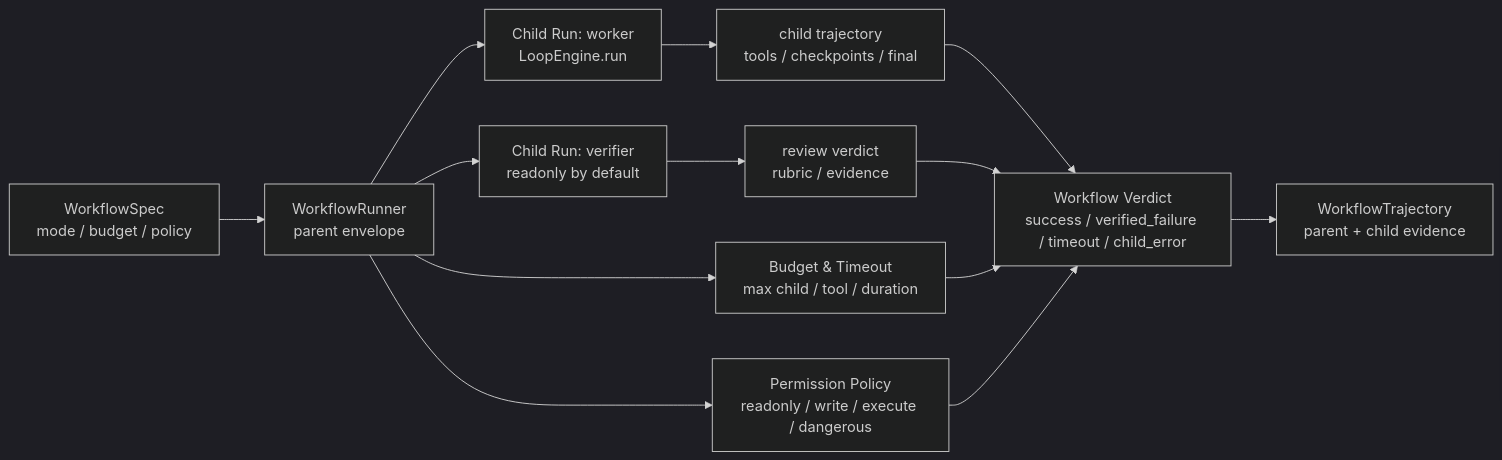
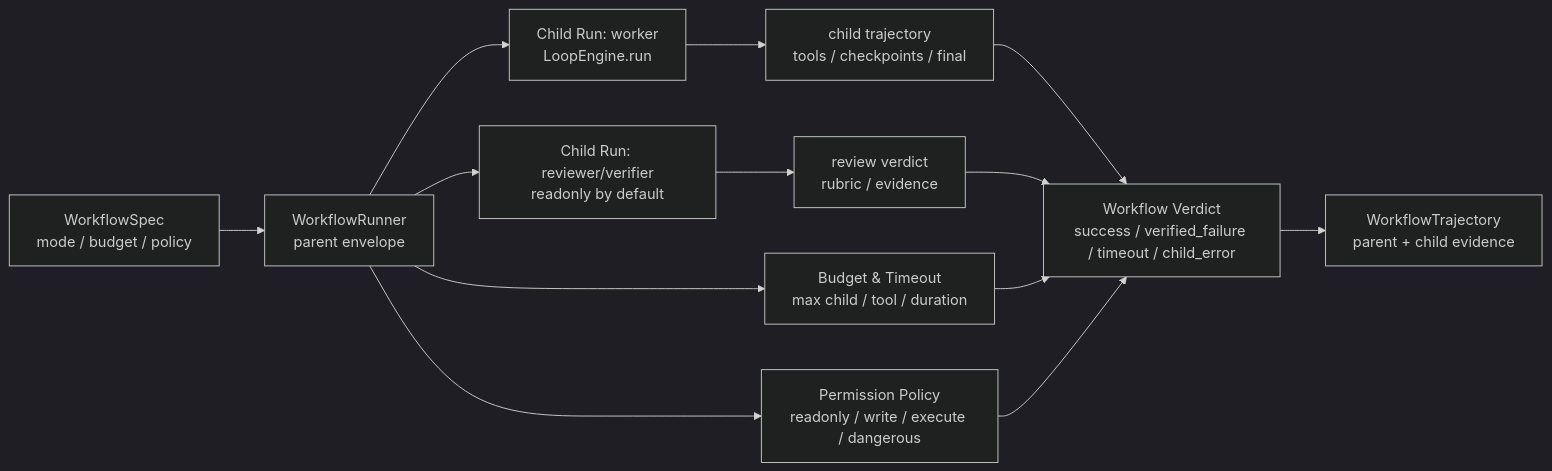
One commit to LambertKeith/KeiGent changed the third of 4 diagrams in doc/design/00-system-overview.md. Above: the diagram before and after it, drawn with Mermaid (dark theme). The commit also changed 120 other files, not shown here.

````diff
--- a/doc/design/00-system-overview.md
+++ b/doc/design/00-system-overview.md
@@ -94,16 +94,16 @@
 ```mermaid
 flowchart LR
     Spec[WorkflowSpec\nmode / budget / policy] --> Runner[WorkflowRunner\nparent envelope]
     Runner --> Budget[Budget & Timeout\nmax child / tool / duration]
     Runner --> Policy[Permission Policy\nreadonly / write / execute / dangerous]
     Runner --> ChildA[Child Run: worker\nLoopEngine.run]
-    Runner --> ChildB[Child Run: verifier\nreadonly by default]
+    Runner --> ChildB[Child Run: reviewer/verifier\nreadonly by default]
 
     ChildA --> EvidenceA[child trajectory\ntools / checkpoints / final]
     ChildB --> EvidenceB[review verdict\nrubric / evidence]
     EvidenceA --> ParentVerdict[Workflow Verdict\nsuccess / verified_failure / timeout / child_error]
     EvidenceB --> ParentVerdict
     Budget --> ParentVerdict
     Policy --> ParentVerdict
     ParentVerdict --> WFTraj[WorkflowTrajectory\nparent + child evidence]
 ```
````
